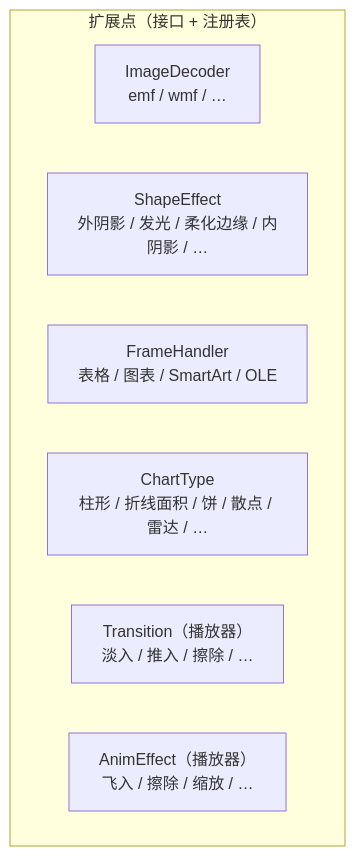
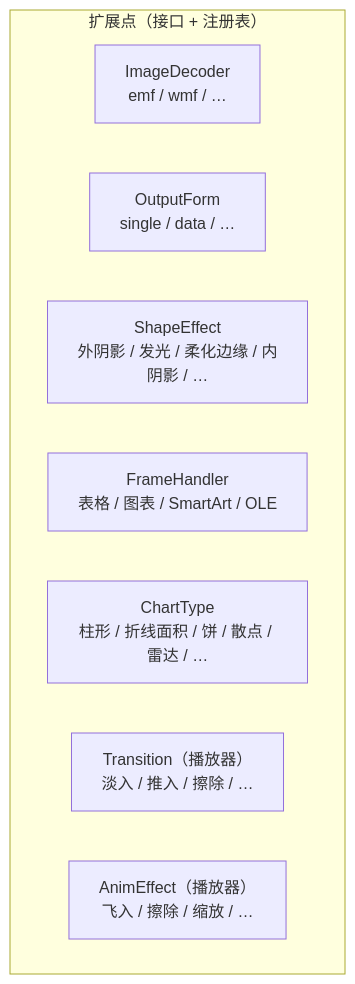
The fourth of 5 diagrams in docs/architecture.md (spitmaster/unppt), drawn with Mermaid before and after one commit. The commit also changed other lines of this file and 6 other files, not shown here.

First line of the commit message:
refactor: 产物写出拆成 output/ 扩展点（OutputForm 注册表）

````diff
--- a/docs/architecture.md
+++ b/docs/architecture.md
@@ -108,11 +110,12 @@
 ```mermaid
 flowchart TB
   subgraph ext[扩展点（接口 + 注册表）]
     dec[ImageDecoder<br/>emf / wmf / …]
+    of[OutputForm<br/>single / data / …]
     eff[ShapeEffect<br/>外阴影 / 发光 / 柔化边缘 / 内阴影 / …]
     frame[FrameHandler<br/>表格 / 图表 / SmartArt / OLE]
     ct[ChartType<br/>柱形 / 折线面积 / 饼 / 散点 / 雷达 / …]
     tr[Transition（播放器）<br/>淡入 / 推入 / 擦除 / …]
     ae[AnimEffect（播放器）<br/>飞入 / 擦除 / 缩放 / …]
   end
 ```
````
